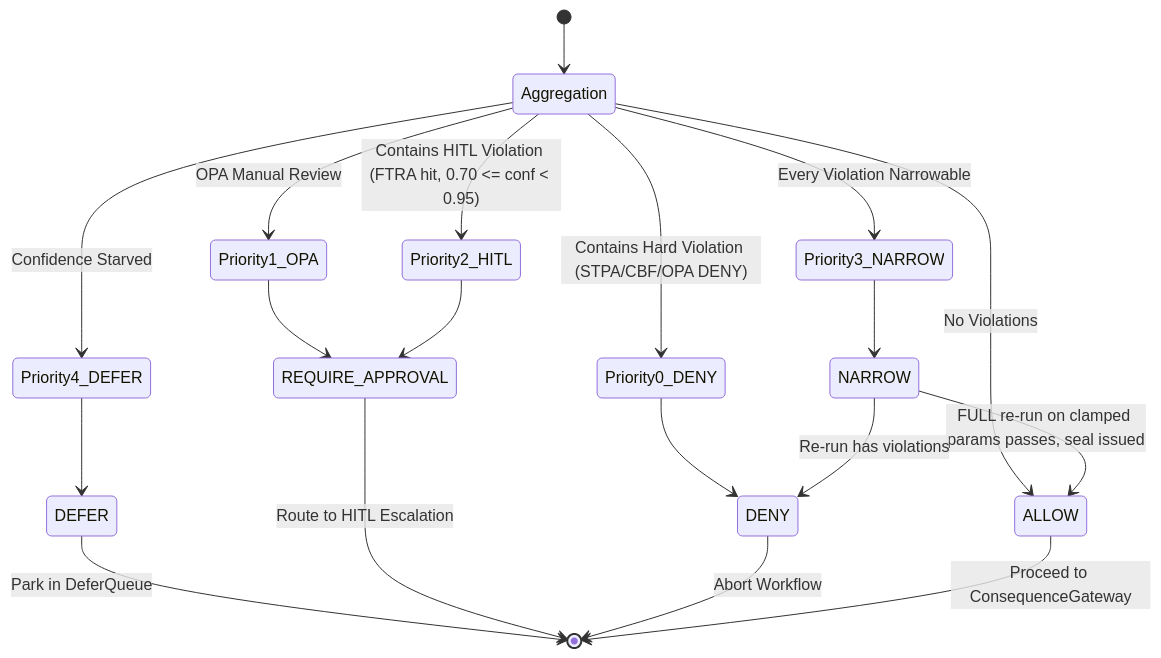
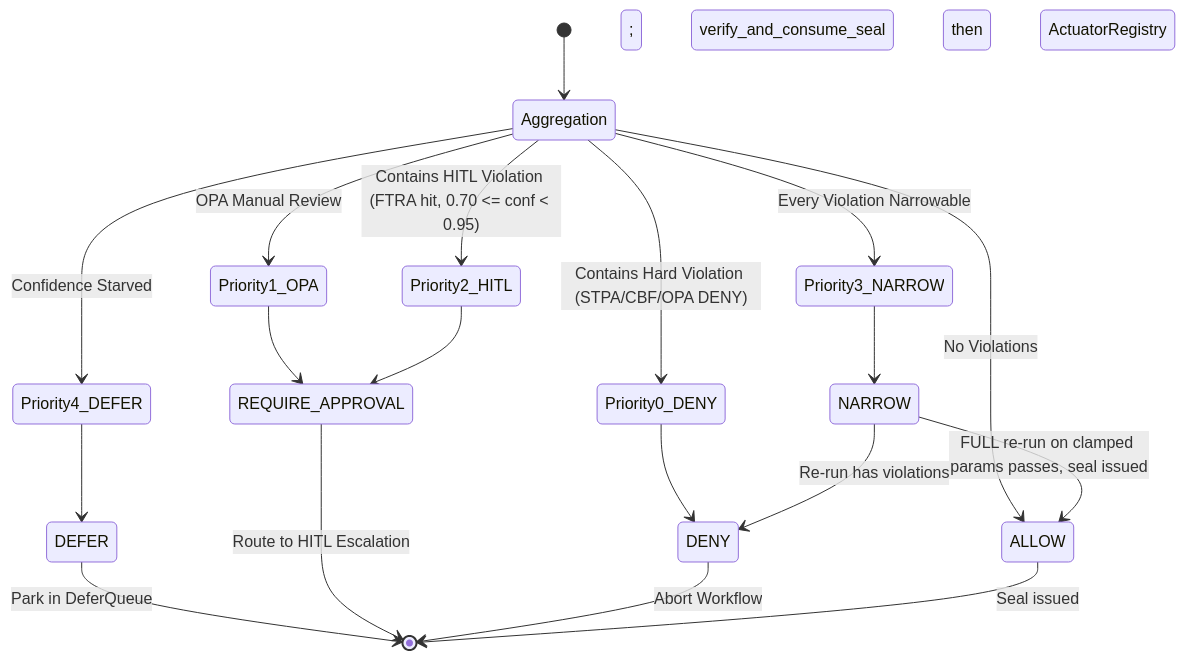
One commit to google/cybernetic-agent-governance-engine changed the first of 4 diagrams in docs/architecture/GATEWAY_ARCHITECTURE.md. Above: the diagram before and after it, drawn with Mermaid. The commit also changed other lines of this file and 17 other files, not shown here.

First line of the commit message:
fix(governance): verify routing seal before consuming its nonce (#348)

````diff
--- a/docs/architecture/GATEWAY_ARCHITECTURE.md
+++ b/docs/architecture/GATEWAY_ARCHITECTURE.md
@@ -50,23 +50,23 @@
 ```mermaid
 stateDiagram-v2
     [*] --> Aggregation
     Aggregation --> Priority0_DENY: Contains Hard Violation (STPA/CBF/OPA DENY)
     Aggregation --> Priority1_OPA: OPA Manual Review
     Aggregation --> Priority2_HITL: Contains HITL Violation (FTRA hit, 0.70 <= conf < 0.95)
     Aggregation --> Priority3_NARROW: Every Violation Narrowable
     Aggregation --> Priority4_DEFER: Confidence Starved
     Aggregation --> ALLOW: No Violations
 
     Priority0_DENY --> DENY
     Priority1_OPA --> REQUIRE_APPROVAL
     Priority2_HITL --> REQUIRE_APPROVAL
     Priority3_NARROW --> NARROW
     Priority4_DEFER --> DEFER
 
     DEFER --> [*]: Park in DeferQueue
     REQUIRE_APPROVAL --> [*]: Route to HITL Escalation
     DENY --> [*]: Abort Workflow
     NARROW --> ALLOW: FULL re-run on clamped params passes, seal issued
     NARROW --> DENY: Re-run has violations
-    ALLOW --> [*]: Proceed to ConsequenceGateway
+    ALLOW --> [*]: Seal issued; verify_and_consume_seal then ActuatorRegistry
 ```
````
